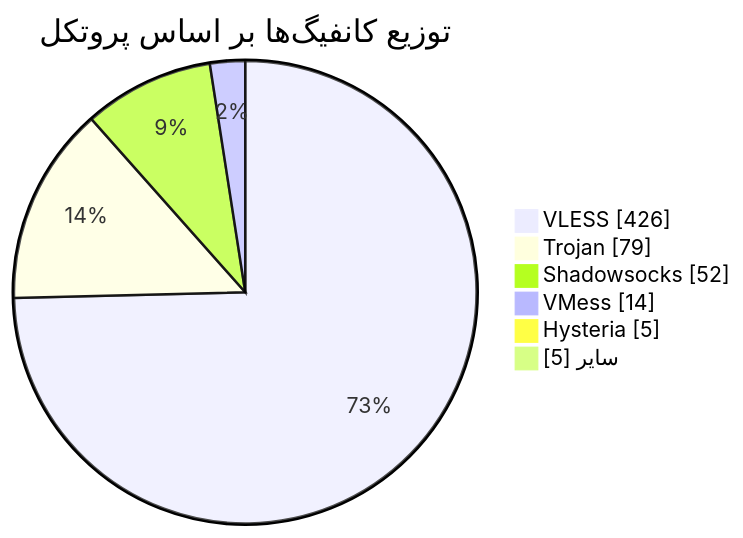
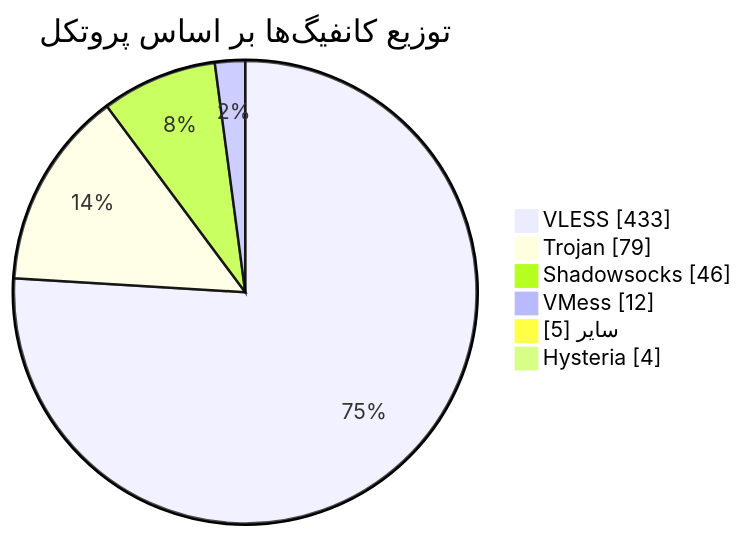
The diagram in README.md (Arian-Alijani/Somthing), drawn with Mermaid before and after one commit. The commit also changed other lines of this file and 17 other files, not shown here.

````diff
--- a/README.md
+++ b/README.md
@@ -48,10 +48,10 @@
 ```mermaid
 pie showData
     title توزیع کانفیگ‌ها بر اساس پروتکل
-    "VLESS" : 426
+    "VLESS" : 433
     "Trojan" : 79
-    "Shadowsocks" : 52
-    "VMess" : 14
-    "Hysteria" : 5
+    "Shadowsocks" : 46
+    "VMess" : 12
     "سایر" : 5
+    "Hysteria" : 4
 ```
````
